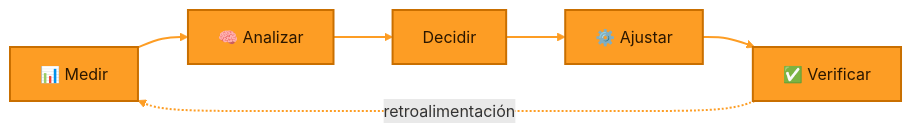
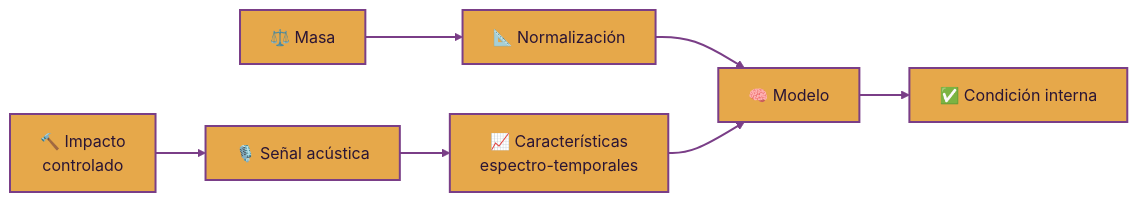
The fourth of 8 diagrams in README.md (Cesarapcho/PI_Equipo_03), drawn with Mermaid before and after one commit. The commit also changed other lines of this file, not shown here.

````diff
--- a/README.md
+++ b/README.md
@@ -261,9 +284,13 @@
 ```mermaid
 flowchart LR
-    M["📊 Medir"] --> A["🧠 Analizar"] --> D["Decidir"] --> AJ["⚙️ Ajustar"] --> V["✅ Verificar"]
-    V -. retroalimentación .-> M
+    I["🔨 Impacto<br/>controlado"] --> S["🎙️ Señal acústica"]
+    M["⚖️ Masa"] --> N["📐 Normalización"]
+    S --> F["📈 Características<br/>espectro-temporales"]
+    N --> ML["🧠 Modelo"]
+    F --> ML
+    ML --> C["✅ Condición interna"]
 
-    classDef smart fill:#FD9D24,color:#2B1700,stroke:#C96F00,stroke-width:2px;
-    class M,A,D,AJ,V smart;
-    linkStyle default stroke:#FD9D24,stroke-width:2px;
+    classDef smart fill:#E6A84A,color:#2A1535,stroke:#7A3E87,stroke-width:2px;
+    class I,S,M,N,F,ML,C smart;
+    linkStyle default stroke:#7A3E87,stroke-width:2px;
 ```
````
